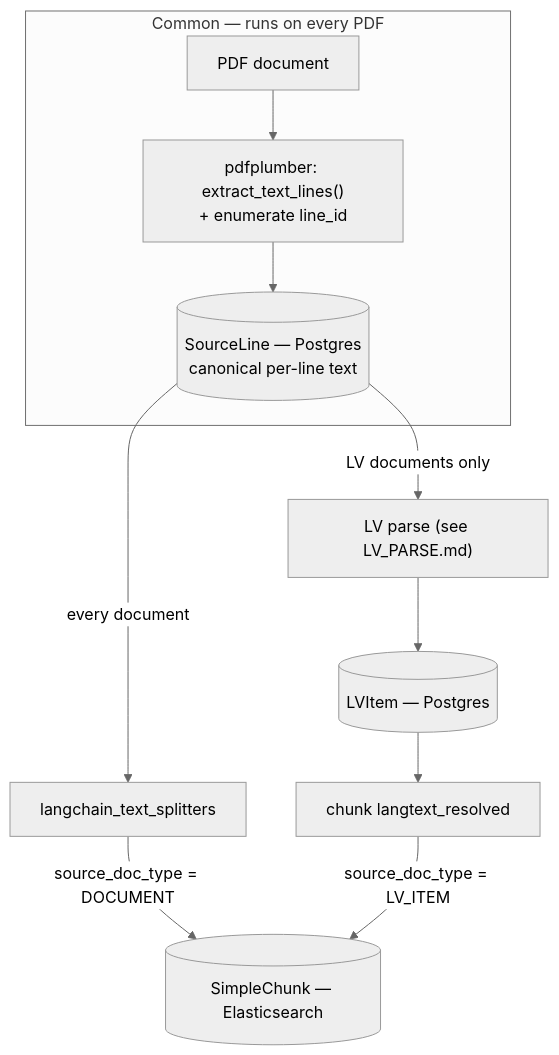
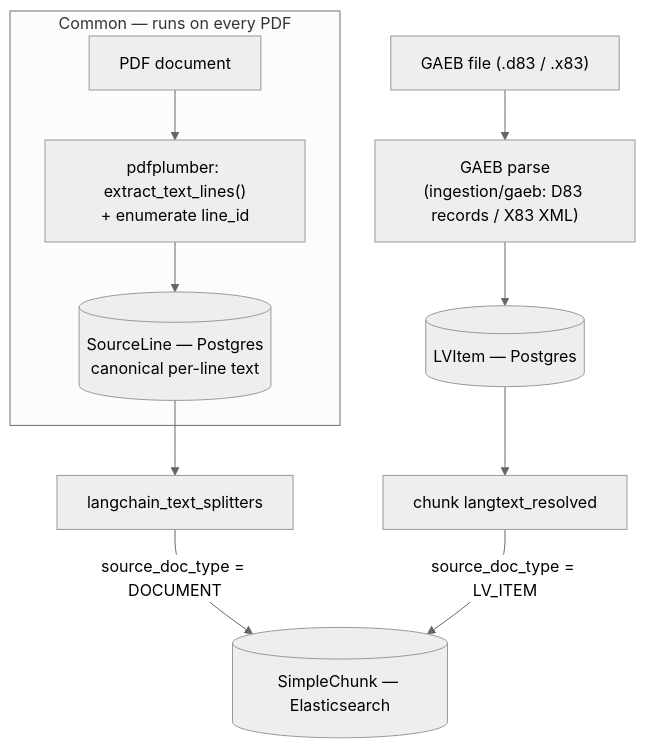
Before and after one commit to arthurshen74/strassenbau-vergabe-assistant: the diagram in INGESTION.md, drawn with Mermaid (neutral theme). The commit also changed other lines of this file and 47 other files, not shown here.

Commit message:
Add initial ETK calculator with streaming reasoning. Add GAEB 90/XML for parsing. Remove PDF visual parser of LV.

````diff
--- a/INGESTION.md
+++ b/INGESTION.md
@@ -7,19 +7,20 @@
 ```mermaid
 flowchart TD
     PDF["PDF document"]
+    GAEB["GAEB file (.d83 / .x83)"]
 
     subgraph COMMON["Common — runs on every PDF"]
         PP["pdfplumber: extract_text_lines()<br/>+ enumerate line_id"]
         PDF --> PP
         PP --> SL[("SourceLine — Postgres<br/>canonical per-line text")]
     end
 
-    SL -->|every document| SPLIT["langchain_text_splitters"]
-    SL -->|LV documents only| PARSE["LV parse (see LV_PARSE.md)"]
+    SL --> SPLIT["langchain_text_splitters"]
 
+    GAEB --> PARSE["GAEB parse<br/>(ingestion/gaeb: D83 records / X83 XML)"]
     PARSE --> LVI[("LVItem — Postgres")]
     LVI --> CHUNK["chunk langtext_resolved"]
 
     SPLIT -->|source_doc_type = DOCUMENT| SC[("SimpleChunk — Elasticsearch")]
     CHUNK -->|source_doc_type = LV_ITEM| SC
 ```
````
